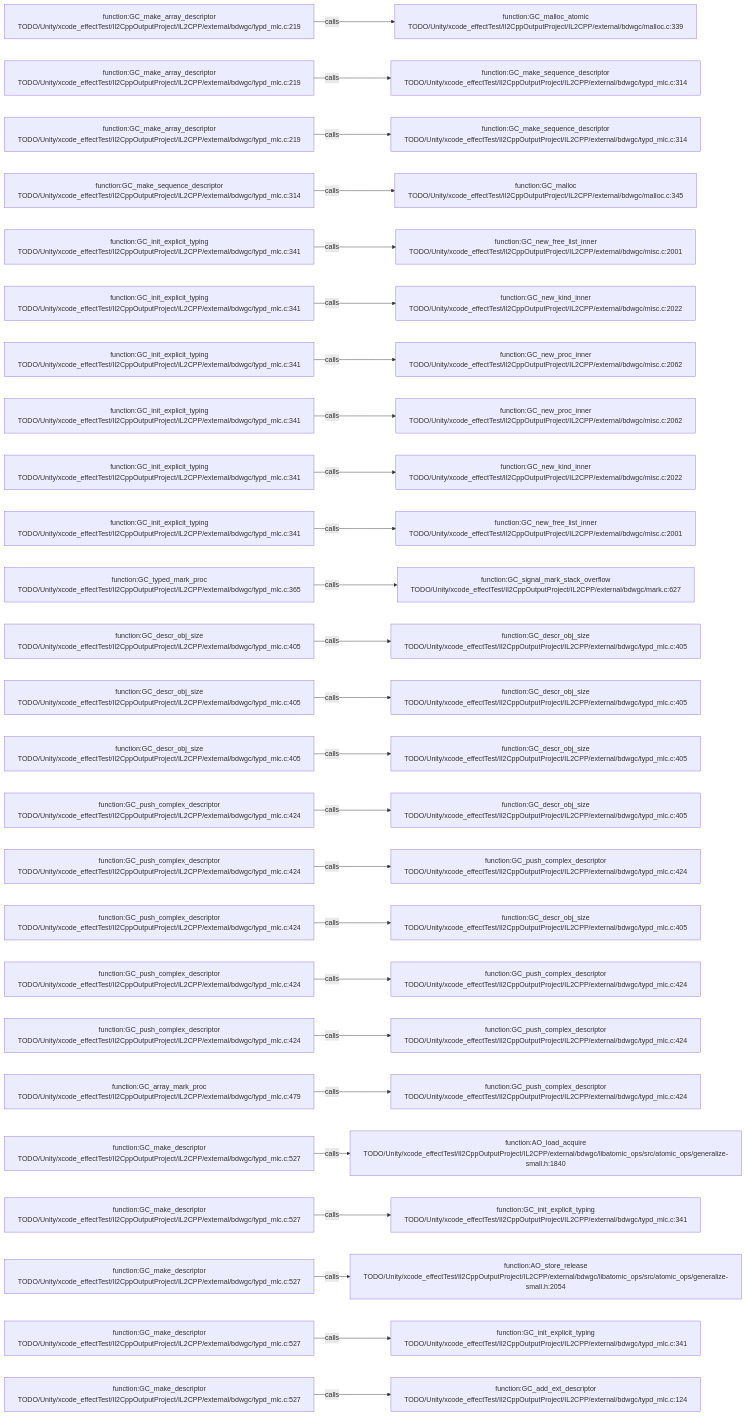
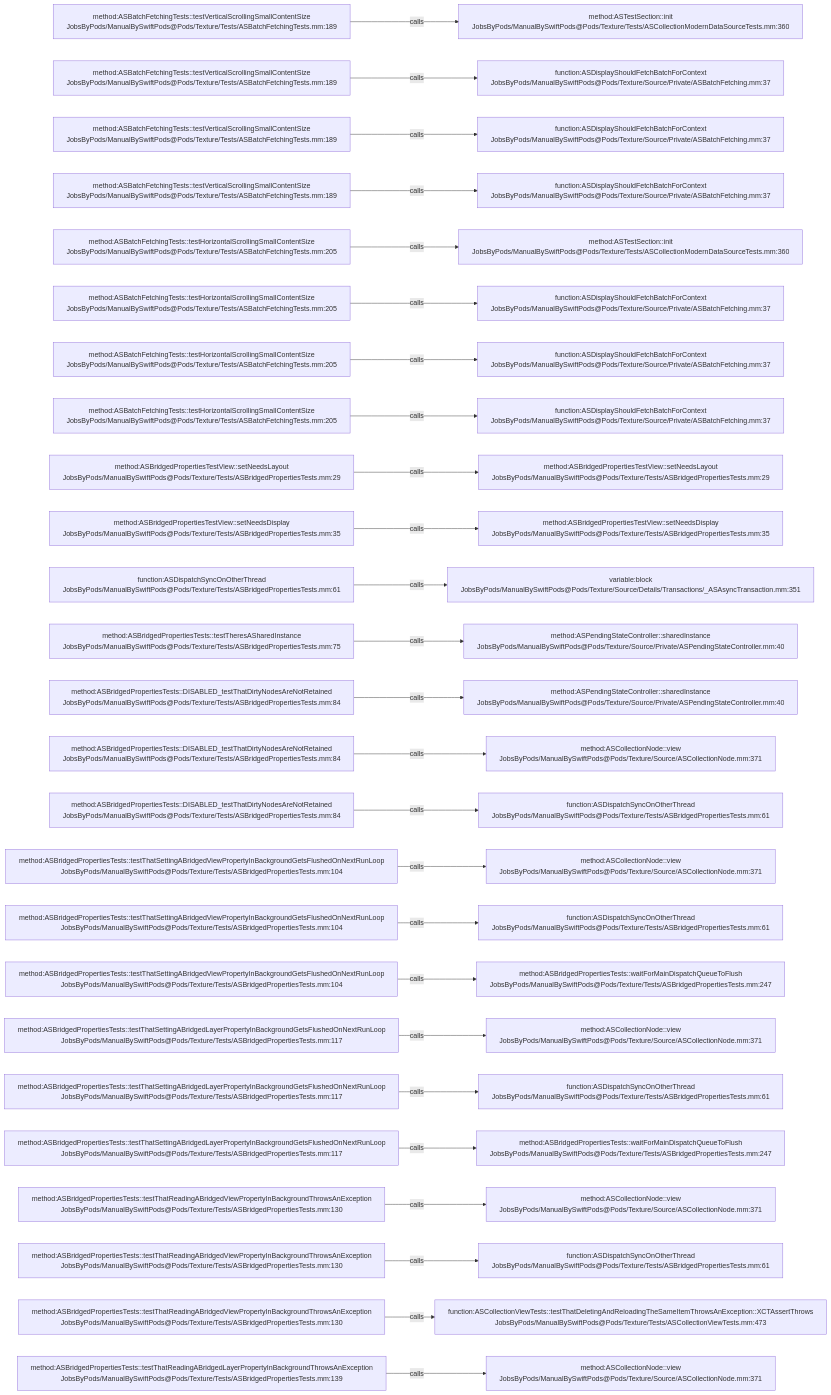
Before and after one commit to JobsKits/JobsSwiftBaseConfigDemo: the diagram in .codegraph/codegraph.md/graphs/calls-182.md, drawn with Mermaid. The commit also changed 2959 other files, not shown here.

````diff
--- a/.codegraph/codegraph.md/graphs/calls-182.md
+++ b/.codegraph/codegraph.md/graphs/calls-182.md
@@ -13,78 +13,78 @@
 ```mermaid
 flowchart LR
-  S1["function:GC_make_array_descriptor<br/>TODO/Unity/xcode_effectTest/Il2CppOutputProject/IL2CPP/external/bdwgc/typd_mlc.c:219"]
-  T1["function:GC_malloc_atomic<br/>TODO/Unity/xcode_effectTest/Il2CppOutputProject/IL2CPP/external/bdwgc/malloc.c:339"]
+  S1["method:ASBatchFetchingTests::testVerticalScrollingSmallContentSize<br/>JobsByPods/ManualBySwiftPods@Pods/Texture/Tests/ASBatchFetchingTests.mm:189"]
+  T1["method:ASTestSection::init<br/>JobsByPods/ManualBySwiftPods@Pods/Texture/Tests/ASCollectionModernDataSourceTests.mm:360"]
   S1 -->|calls| T1
-  S2["function:GC_make_array_descriptor<br/>TODO/Unity/xcode_effectTest/Il2CppOutputProject/IL2CPP/external/bdwgc/typd_mlc.c:219"]
-  T2["function:GC_make_sequence_descriptor<br/>TODO/Unity/xcode_effectTest/Il2CppOutputProject/IL2CPP/external/bdwgc/typd_mlc.c:314"]
+  S2["method:ASBatchFetchingTests::testVerticalScrollingSmallContentSize<br/>JobsByPods/ManualBySwiftPods@Pods/Texture/Tests/ASBatchFetchingTests.mm:189"]
+  T2["function:ASDisplayShouldFetchBatchForContext<br/>JobsByPods/ManualBySwiftPods@Pods/Texture/Source/Private/ASBatchFetching.mm:37"]
   S2 -->|calls| T2
-  S3["function:GC_make_array_descriptor<br/>TODO/Unity/xcode_effectTest/Il2CppOutputProject/IL2CPP/external/bdwgc/typd_mlc.c:219"]
-  T3["function:GC_make_sequence_descriptor<br/>TODO/Unity/xcode_effectTest/Il2CppOutputProject/IL2CPP/external/bdwgc/typd_mlc.c:314"]
+  S3["method:ASBatchFetchingTests::testVerticalScrollingSmallContentSize<br/>JobsByPods/ManualBySwiftPods@Pods/Texture/Tests/ASBatchFetchingTests.mm:189"]
+  T3["function:ASDisplayShouldFetchBatchForContext<br/>JobsByPods/ManualBySwiftPods@Pods/Texture/Source/Private/ASBatchFetching.mm:37"]
   S3 -->|calls| T3
-  S4["function:GC_make_sequence_descriptor<br/>TODO/Unity/xcode_effectTest/Il2CppOutputProject/IL2CPP/external/bdwgc/typd_mlc.c:314"]
-  T4["function:GC_malloc<br/>TODO/Unity/xcode_effectTest/Il2CppOutputProject/IL2CPP/external/bdwgc/malloc.c:345"]
+  S4["method:ASBatchFetchingTests::testVerticalScrollingSmallContentSize<br/>JobsByPods/ManualBySwiftPods@Pods/Texture/Tests/ASBatchFetchingTests.mm:189"]
+  T4["function:ASDisplayShouldFetchBatchForContext<br/>JobsByPods/ManualBySwiftPods@Pods/Texture/Source/Private/ASBatchFetching.mm:37"]
   S4 -->|calls| T4
-  S5["function:GC_init_explicit_typing<br/>TODO/Unity/xcode_effectTest/Il2CppOutputProject/IL2CPP/external/bdwgc/typd_mlc.c:341"]
-  T5["function:GC_new_free_list_inner<br/>TODO/Unity/xcode_effectTest/Il2CppOutputProject/IL2CPP/external/bdwgc/misc.c:2001"]
+  S5["method:ASBatchFetchingTests::testHorizontalScrollingSmallContentSize<br/>JobsByPods/ManualBySwiftPods@Pods/Texture/Tests/ASBatchFetchingTests.mm:205"]
+  T5["method:ASTestSection::init<br/>JobsByPods/ManualBySwiftPods@Pods/Texture/Tests/ASCollectionModernDataSourceTests.mm:360"]
   S5 -->|calls| T5
-  S6["function:GC_init_explicit_typing<br/>TODO/Unity/xcode_effectTest/Il2CppOutputProject/IL2CPP/external/bdwgc/typd_mlc.c:341"]
-  T6["function:GC_new_kind_inner<br/>TODO/Unity/xcode_effectTest/Il2CppOutputProject/IL2CPP/external/bdwgc/misc.c:2022"]
+  S6["method:ASBatchFetchingTests::testHorizontalScrollingSmallContentSize<br/>JobsByPods/ManualBySwiftPods@Pods/Texture/Tests/ASBatchFetchingTests.mm:205"]
+  T6["function:ASDisplayShouldFetchBatchForContext<br/>JobsByPods/ManualBySwiftPods@Pods/Texture/Source/Private/ASBatchFetching.mm:37"]
   S6 -->|calls| T6
-  S7["function:GC_init_explicit_typing<br/>TODO/Unity/xcode_effectTest/Il2CppOutputProject/IL2CPP/external/bdwgc/typd_mlc.c:341"]
-  T7["function:GC_new_proc_inner<br/>TODO/Unity/xcode_effectTest/Il2CppOutputProject/IL2CPP/external/bdwgc/misc.c:2062"]
+  S7["method:ASBatchFetchingTests::testHorizontalScrollingSmallContentSize<br/>JobsByPods/ManualBySwiftPods@Pods/Texture/Tests/ASBatchFetchingTests.mm:205"]
+  T7["function:ASDisplayShouldFetchBatchForContext<br/>JobsByPods/ManualBySwiftPods@Pods/Texture/Source/Private/ASBatchFetching.mm:37"]
   S7 -->|calls| T7
-  S8["function:GC_init_explicit_typing<br/>TODO/Unity/xcode_effectTest/Il2CppOutputProject/IL2CPP/external/bdwgc/typd_mlc.c:341"]
-  T8["function:GC_new_proc_inner<br/>TODO/Unity/xcode_effectTest/Il2CppOutputProject/IL2CPP/external/bdwgc/misc.c:2062"]
+  S8["method:ASBatchFetchingTests::testHorizontalScrollingSmallContentSize<br/>JobsByPods/ManualBySwiftPods@Pods/Texture/Tests/ASBatchFetchingTests.mm:205"]
+  T8["function:ASDisplayShouldFetchBatchForContext<br/>JobsByPods/ManualBySwiftPods@Pods/Texture/Source/Private/ASBatchFetching.mm:37"]
   S8 -->|calls| T8
-  S9["function:GC_init_explicit_typing<br/>TODO/Unity/xcode_effectTest/Il2CppOutputProject/IL2CPP/external/bdwgc/typd_mlc.c:341"]
-  T9["function:GC_new_kind_inner<br/>TODO/Unity/xcode_effectTest/Il2CppOutputProject/IL2CPP/external/bdwgc/misc.c:2022"]
+  S9["method:ASBridgedPropertiesTestView::setNeedsLayout<br/>JobsByPods/ManualBySwiftPods@Pods/Texture/Tests/ASBridgedPropertiesTests.mm:29"]
+  T9["method:ASBridgedPropertiesTestView::setNeedsLayout<br/>JobsByPods/ManualBySwiftPods@Pods/Texture/Tests/ASBridgedPropertiesTests.mm:29"]
   S9 -->|calls| T9
-  S10["function:GC_init_explicit_typing<br/>TODO/Unity/xcode_effectTest/Il2CppOutputProject/IL2CPP/external/bdwgc/typd_mlc.c:341"]
-  T10["function:GC_new_free_list_inner<br/>TODO/Unity/xcode_effectTest/Il2CppOutputProject/IL2CPP/external/bdwgc/misc.c:2001"]
+  S10["method:ASBridgedPropertiesTestView::setNeedsDisplay<br/>JobsByPods/ManualBySwiftPods@Pods/Texture/Tests/ASBridgedPropertiesTests.mm:35"]
+  T10["method:ASBridgedPropertiesTestView::setNeedsDisplay<br/>JobsByPods/ManualBySwiftPods@Pods/Texture/Tests/ASBridgedPropertiesTests.mm:35"]
   S10 -->|calls| T10
-  S11["function:GC_typed_mark_proc<br/>TODO/Unity/xcode_effectTest/Il2CppOutputProject/IL2CPP/external/bdwgc/typd_mlc.c:365"]
-  T11["function:GC_signal_mark_stack_overflow<br/>TODO/Unity/xcode_effectTest/Il2CppOutputProject/IL2CPP/external/bdwgc/mark.c:627"]
+  S11["function:ASDispatchSyncOnOtherThread<br/>JobsByPods/ManualBySwiftPods@Pods/Texture/Tests/ASBridgedPropertiesTests.mm:61"]
+  T11["variable:block<br/>JobsByPods/ManualBySwiftPods@Pods/Texture/Source/Details/Transactions/_ASAsyncTransaction.mm:351"]
   S11 -->|calls| T11
-  S12["function:GC_descr_obj_size<br/>TODO/Unity/xcode_effectTest/Il2CppOutputProject/IL2CPP/external/bdwgc/typd_mlc.c:405"]
-  T12["function:GC_descr_obj_size<br/>TODO/Unity/xcode_effectTest/Il2CppOutputProject/IL2CPP/external/bdwgc/typd_mlc.c:405"]
+  S12["method:ASBridgedPropertiesTests::testTheresASharedInstance<br/>JobsByPods/ManualBySwiftPods@Pods/Texture/Tests/ASBridgedPropertiesTests.mm:75"]
+  T12["method:ASPendingStateController::sharedInstance<br/>JobsByPods/ManualBySwiftPods@Pods/Texture/Source/Private/ASPendingStateController.mm:40"]
   S12 -->|calls| T12
-  S13["function:GC_descr_obj_size<br/>TODO/Unity/xcode_effectTest/Il2CppOutputProject/IL2CPP/external/bdwgc/typd_mlc.c:405"]
-  T13["function:GC_descr_obj_size<br/>TODO/Unity/xcode_effectTest/Il2CppOutputProject/IL2CPP/external/bdwgc/typd_mlc.c:405"]
+  S13["method:ASBridgedPropertiesTests::DISABLED_testThatDirtyNodesAreNotRetained<br/>JobsByPods/ManualBySwiftPods@Pods/Texture/Tests/ASBridgedPropertiesTests.mm:84"]
+  T13["method:ASPendingStateController::sharedInstance<br/>JobsByPods/ManualBySwiftPods@Pods/Texture/Source/Private/ASPendingStateController.mm:40"]
   S13 -->|calls| T13
-  S14["function:GC_descr_obj_size<br/>TODO/Unity/xcode_effectTest/Il2CppOutputProject/IL2CPP/external/bdwgc/typd_mlc.c:405"]
-  T14["function:GC_descr_obj_size<br/>TODO/Unity/xcode_effectTest/Il2CppOutputProject/IL2CPP/external/bdwgc/typd_mlc.c:405"]
+  S14["method:ASBridgedPropertiesTests::DISABLED_testThatDirtyNodesAreNotRetained<br/>JobsByPods/ManualBySwiftPods@Pods/Texture/Tests/ASBridgedPropertiesTests.mm:84"]
+  T14["method:ASCollectionNode::view<br/>JobsByPods/ManualBySwiftPods@Pods/Texture/Source/ASCollectionNode.mm:371"]
   S14 -->|calls| T14
-  S15["function:GC_push_complex_descriptor<br/>TODO/Unity/xcode_effectTest/Il2CppOutputProject/IL2CPP/external/bdwgc/typd_mlc.c:424"]
-  T15["function:GC_descr_obj_size<br/>TODO/Unity/xcode_effectTest/Il2CppOutputProject/IL2CPP/external/bdwgc/typd_mlc.c:405"]
+  S15["method:ASBridgedPropertiesTests::DISABLED_testThatDirtyNodesAreNotRetained<br/>JobsByPods/ManualBySwiftPods@Pods/Texture/Tests/ASBridgedPropertiesTests.mm:84"]
+  T15["function:ASDispatchSyncOnOtherThread<br/>JobsByPods/ManualBySwiftPods@Pods/Texture/Tests/ASBridgedPropertiesTests.mm:61"]
   S15 -->|calls| T15
-  S16["function:GC_push_complex_descriptor<br/>TODO/Unity/xcode_effectTest/Il2CppOutputProject/IL2CPP/external/bdwgc/typd_mlc.c:424"]
-  T16["function:GC_push_complex_descriptor<br/>TODO/Unity/xcode_effectTest/Il2CppOutputProject/IL2CPP/external/bdwgc/typd_mlc.c:424"]
+  S16["method:ASBridgedPropertiesTests::testThatSettingABridgedViewPropertyInBackgroundGetsFlushedOnNextRunLoop<br/>JobsByPods/ManualBySwiftPods@Pods/Texture/Tests/ASBridgedPropertiesTests.mm:104"]
+  T16["method:ASCollectionNode::view<br/>JobsByPods/ManualBySwiftPods@Pods/Texture/Source/ASCollectionNode.mm:371"]
   S16 -->|calls| T16
-  S17["function:GC_push_complex_descriptor<br/>TODO/Unity/xcode_effectTest/Il2CppOutputProject/IL2CPP/external/bdwgc/typd_mlc.c:424"]
-  T17["function:GC_descr_obj_size<br/>TODO/Unity/xcode_effectTest/Il2CppOutputProject/IL2CPP/external/bdwgc/typd_mlc.c:405"]
+  S17["method:ASBridgedPropertiesTests::testThatSettingABridgedViewPropertyInBackgroundGetsFlushedOnNextRunLoop<br/>JobsByPods/ManualBySwiftPods@Pods/Texture/Tests/ASBridgedPropertiesTests.mm:104"]
+  T17["function:ASDispatchSyncOnOtherThread<br/>JobsByPods/ManualBySwiftPods@Pods/Texture/Tests/ASBridgedPropertiesTests.mm:61"]
   S17 -->|calls| T17
-  S18["function:GC_push_complex_descriptor<br/>TODO/Unity/xcode_effectTest/Il2CppOutputProject/IL2CPP/external/bdwgc/typd_mlc.c:424"]
-  T18["function:GC_push_complex_descriptor<br/>TODO/Unity/xcode_effectTest/Il2CppOutputProject/IL2CPP/external/bdwgc/typd_mlc.c:424"]
+  S18["method:ASBridgedPropertiesTests::testThatSettingABridgedViewPropertyInBackgroundGetsFlushedOnNextRunLoop<br/>JobsByPods/ManualBySwiftPods@Pods/Texture/Tests/ASBridgedPropertiesTests.mm:104"]
+  T18["method:ASBridgedPropertiesTests::waitForMainDispatchQueueToFlush<br/>JobsByPods/ManualBySwiftPods@Pods/Texture/Tests/ASBridgedPropertiesTests.mm:247"]
   S18 -->|calls| T18
-  S19["function:GC_push_complex_descriptor<br/>TODO/Unity/xcode_effectTest/Il2CppOutputProject/IL2CPP/external/bdwgc/typd_mlc.c:424"]
-  T19["function:GC_push_complex_descriptor<br/>TODO/Unity/xcode_effectTest/Il2CppOutputProject/IL2CPP/external/bdwgc/typd_mlc.c:424"]
+  S19["method:ASBridgedPropertiesTests::testThatSettingABridgedLayerPropertyInBackgroundGetsFlushedOnNextRunLoop<br/>JobsByPods/ManualBySwiftPods@Pods/Texture/Tests/ASBridgedPropertiesTests.mm:117"]
+  T19["method:ASCollectionNode::view<br/>JobsByPods/ManualBySwiftPods@Pods/Texture/Source/ASCollectionNode.mm:371"]
   S19 -->|calls| T19
-  S20["function:GC_array_mark_proc<br/>TODO/Unity/xcode_effectTest/Il2CppOutputProject/IL2CPP/external/bdwgc/typd_mlc.c:479"]
-  T20["function:GC_push_complex_descriptor<br/>TODO/Unity/xcode_effectTest/Il2CppOutputProject/IL2CPP/external/bdwgc/typd_mlc.c:424"]
+  S20["method:ASBridgedPropertiesTests::testThatSettingABridgedLayerPropertyInBackgroundGetsFlushedOnNextRunLoop<br/>JobsByPods/ManualBySwiftPods@Pods/Texture/Tests/ASBridgedPropertiesTests.mm:117"]
+  T20["function:ASDispatchSyncOnOtherThread<br/>JobsByPods/ManualBySwiftPods@Pods/Texture/Tests/ASBridgedPropertiesTests.mm:61"]
   S20 -->|calls| T20
-  S21["function:GC_make_descriptor<br/>TODO/Unity/xcode_effectTest/Il2CppOutputProject/IL2CPP/external/bdwgc/typd_mlc.c:527"]
-  T21["function:AO_load_acquire<br/>TODO/Unity/xcode_effectTest/Il2CppOutputProject/IL2CPP/external/bdwgc/libatomic_ops/src/atomic_ops/generalize-small.h:1840"]
+  S21["method:ASBridgedPropertiesTests::testThatSettingABridgedLayerPropertyInBackgroundGetsFlushedOnNextRunLoop<br/>JobsByPods/ManualBySwiftPods@Pods/Texture/Tests/ASBridgedPropertiesTests.mm:117"]
+  T21["method:ASBridgedPropertiesTests::waitForMainDispatchQueueToFlush<br/>JobsByPods/ManualBySwiftPods@Pods/Texture/Tests/ASBridgedPropertiesTests.mm:247"]
   S21 -->|calls| T21
-  S22["function:GC_make_descriptor<br/>TODO/Unity/xcode_effectTest/Il2CppOutputProject/IL2CPP/external/bdwgc/typd_mlc.c:527"]
-  T22["function:GC_init_explicit_typing<br/>TODO/Unity/xcode_effectTest/Il2CppOutputProject/IL2CPP/external/bdwgc/typd_mlc.c:341"]
+  S22["method:ASBridgedPropertiesTests::testThatReadingABridgedViewPropertyInBackgroundThrowsAnException<br/>JobsByPods/ManualBySwiftPods@Pods/Texture/Tests/ASBridgedPropertiesTests.mm:130"]
+  T22["method:ASCollectionNode::view<br/>JobsByPods/ManualBySwiftPods@Pods/Texture/Source/ASCollectionNode.mm:371"]
   S22 -->|calls| T22
-  S23["function:GC_make_descriptor<br/>TODO/Unity/xcode_effectTest/Il2CppOutputProject/IL2CPP/external/bdwgc/typd_mlc.c:527"]
-  T23["function:AO_store_release<br/>TODO/Unity/xcode_effectTest/Il2CppOutputProject/IL2CPP/external/bdwgc/libatomic_ops/src/atomic_ops/generalize-small.h:2054"]
+  S23["method:ASBridgedPropertiesTests::testThatReadingABridgedViewPropertyInBackgroundThrowsAnException<br/>JobsByPods/ManualBySwiftPods@Pods/Texture/Tests/ASBridgedPropertiesTests.mm:130"]
+  T23["function:ASDispatchSyncOnOtherThread<br/>JobsByPods/ManualBySwiftPods@Pods/Texture/Tests/ASBridgedPropertiesTests.mm:61"]
   S23 -->|calls| T23
-  S24["function:GC_make_descriptor<br/>TODO/Unity/xcode_effectTest/Il2CppOutputProject/IL2CPP/external/bdwgc/typd_mlc.c:527"]
-  T24["function:GC_init_explicit_typing<br/>TODO/Unity/xcode_effectTest/Il2CppOutputProject/IL2CPP/external/bdwgc/typd_mlc.c:341"]
+  S24["method:ASBridgedPropertiesTests::testThatReadingABridgedViewPropertyInBackgroundThrowsAnException<br/>JobsByPods/ManualBySwiftPods@Pods/Texture/Tests/ASBridgedPropertiesTests.mm:130"]
+  T24["function:ASCollectionViewTests::testThatDeletingAndReloadingTheSameItemThrowsAnException::XCTAssertThrows<br/>JobsByPods/ManualBySwiftPods@Pods/Texture/Tests/ASCollectionViewTests.mm:473"]
   S24 -->|calls| T24
-  S25["function:GC_make_descriptor<br/>TODO/Unity/xcode_effectTest/Il2CppOutputProject/IL2CPP/external/bdwgc/typd_mlc.c:527"]
-  T25["function:GC_add_ext_descriptor<br/>TODO/Unity/xcode_effectTest/Il2CppOutputProject/IL2CPP/external/bdwgc/typd_mlc.c:124"]
+  S25["method:ASBridgedPropertiesTests::testThatReadingABridgedLayerPropertyInBackgroundThrowsAnException<br/>JobsByPods/ManualBySwiftPods@Pods/Texture/Tests/ASBridgedPropertiesTests.mm:139"]
+  T25["method:ASCollectionNode::view<br/>JobsByPods/ManualBySwiftPods@Pods/Texture/Source/ASCollectionNode.mm:371"]
   S25 -->|calls| T25
 ```
````
